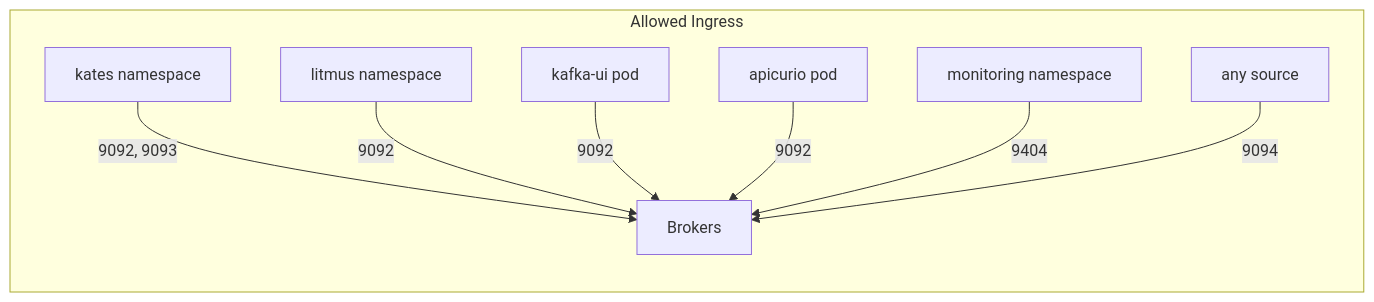
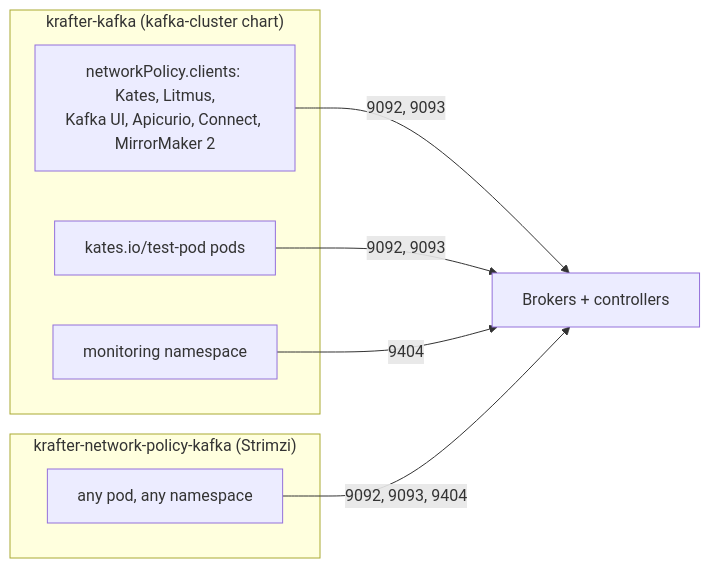
The fourth of 6 diagrams in docs/book/15-kafka-deployment.md (actions-marketplace-validations/bmscomp_kates), drawn with Mermaid before and after one commit. The commit also changed other lines of this file and 7 other files, not shown here.

````diff
--- a/docs/book/15-kafka-deployment.md
+++ b/docs/book/15-kafka-deployment.md
@@ -354,11 +356,15 @@
 ```mermaid
 graph LR
-    subgraph Allowed Ingress
-        kates["kates namespace"] -->|9092, 9093| Brokers
-        litmus["litmus namespace"] -->|9092| Brokers
-        kafkaui["kafka-ui pod"] -->|9092| Brokers
-        apicurio["apicurio pod"] -->|9092| Brokers
-        monitoring["monitoring namespace"] -->|9404| Brokers
-        anyone["any source"] -->|9094| Brokers
+    subgraph Chart["krafter-kafka (kafka-cluster chart)"]
+        clients["networkPolicy.clients: Kates, Litmus,<br/>Kafka UI, Apicurio, Connect, MirrorMaker 2"]
+        tests["kates.io/test-pod pods"]
+        monitoring["monitoring namespace"]
     end
+    subgraph Strimzi["krafter-network-policy-kafka (Strimzi)"]
+        anyone["any pod, any namespace"]
+    end
+    clients -->|"9092, 9093"| Brokers["Brokers + controllers"]
+    tests -->|"9092, 9093"| Brokers
+    monitoring -->|"9404"| Brokers
+    anyone -->|"9092, 9093, 9404"| Brokers
 ```
````
